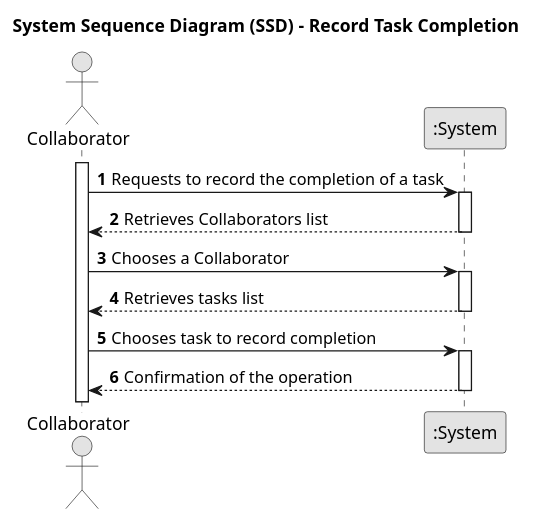
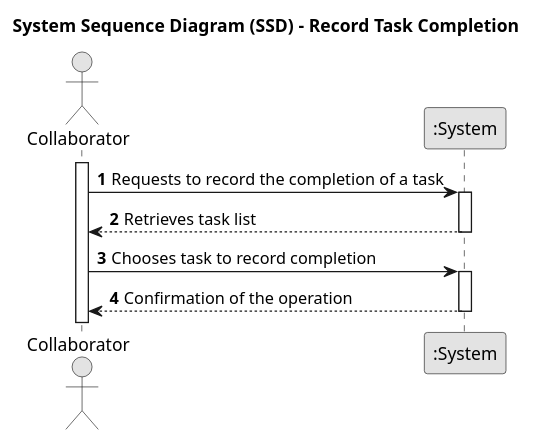
The diagram in docs/SprintC/us29/01.requirements-engineering/puml/us029-system-sequence-diagram-alternative-one.puml (Departamento-de-Engenharia-Informatica/lei-24-s2-1df-1de-g063), drawn with PlantUML before and after one commit. The commit also changed 25 other files, not shown here.

```diff
--- a/docs/SprintC/us29/01.requirements-engineering/puml/us029-system-sequence-diagram-alternative-one.puml
+++ b/docs/SprintC/us29/01.requirements-engineering/puml/us029-system-sequence-diagram-alternative-one.puml
@@ -1,34 +1,28 @@
 @startuml
 skinparam monochrome true
 skinparam packageStyle rectangle
 skinparam shadowing false
 
 title System Sequence Diagram (SSD) - Record Task Completion
 
 autonumber
 
 actor "Collaborator" as Collaborator
 participant ":System" as System
 
 activate Collaborator
 
     Collaborator -> System : Requests to record the completion of a task
     activate System
 
-        System --> Collaborator : Retrieves Collaborators list
-    deactivate System
-
-    Collaborator -> System : Chooses a Collaborator
-    activate System
-
-        System --> Collaborator : Retrieves tasks list
+        System --> Collaborator : Retrieves task list
     deactivate System
 
     Collaborator -> System : Chooses task to record completion
     activate System
 
         System --> Collaborator : Confirmation of the operation
     deactivate System
 
 
 @enduml
```
